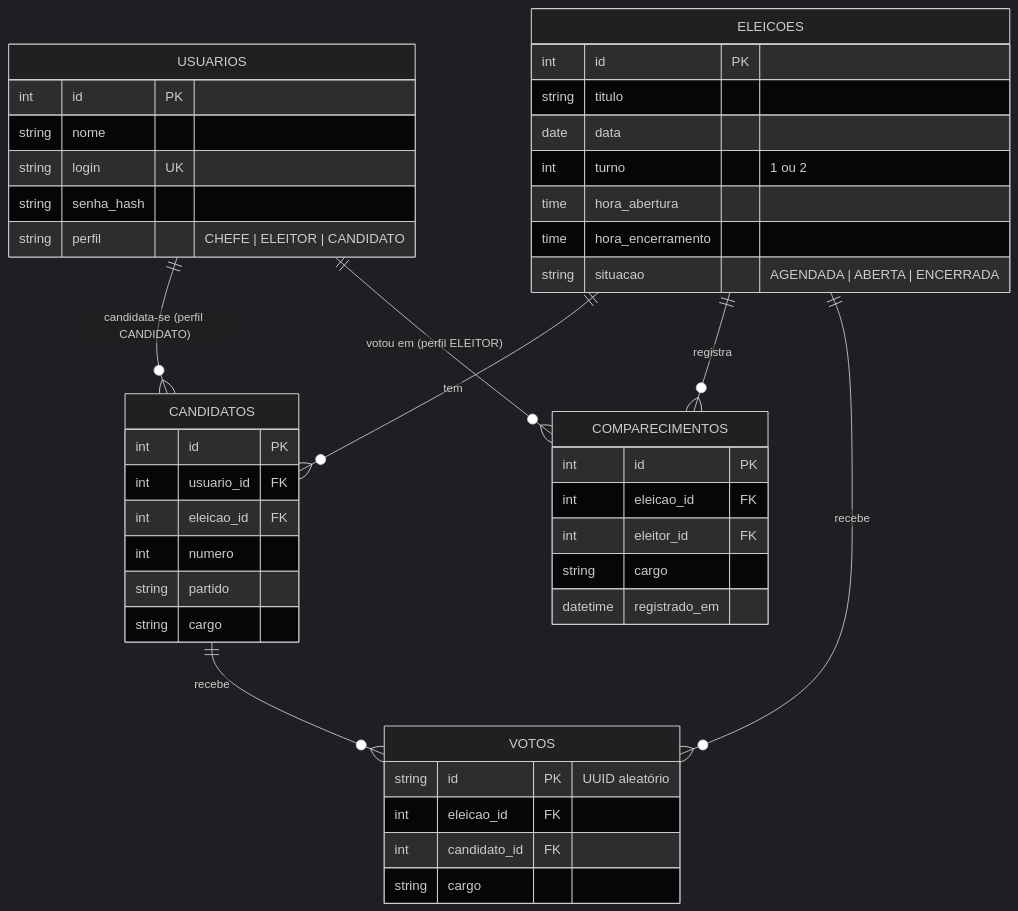
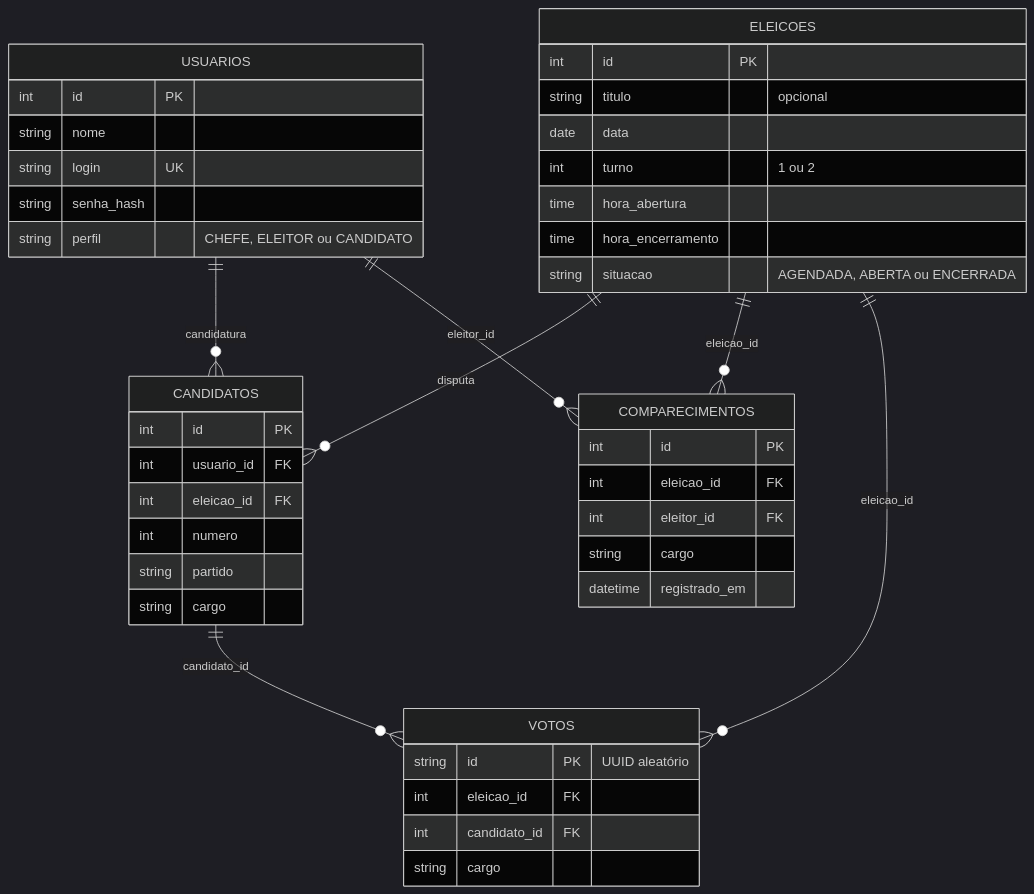
Before and after one commit to thiagoportoscarano/eleicaoEletronica: the diagram in README.md, drawn with Mermaid (dark theme). The commit also changed other lines of this file, not shown here.

````diff
--- a/README.md
+++ b/README.md
@@ -110,47 +133,47 @@
 ```mermaid
 erDiagram
-    USUARIOS ||--o{ CANDIDATOS : "candidata-se (perfil CANDIDATO)"
-    ELEICOES ||--o{ CANDIDATOS : "tem"
-    USUARIOS ||--o{ COMPARECIMENTOS : "votou em (perfil ELEITOR)"
-    ELEICOES ||--o{ COMPARECIMENTOS : "registra"
-    ELEICOES ||--o{ VOTOS : "recebe"
-    CANDIDATOS ||--o{ VOTOS : "recebe"
+    USUARIOS ||--o{ CANDIDATOS : "candidatura"
+    ELEICOES ||--o{ CANDIDATOS : "disputa"
+    USUARIOS ||--o{ COMPARECIMENTOS : "eleitor_id"
+    ELEICOES ||--o{ COMPARECIMENTOS : "eleicao_id"
+    ELEICOES ||--o{ VOTOS : "eleicao_id"
+    CANDIDATOS ||--o{ VOTOS : "candidato_id"
 
     USUARIOS {
         int id PK
         string nome
         string login UK
         string senha_hash
-        string perfil "CHEFE | ELEITOR | CANDIDATO"
+        string perfil "CHEFE, ELEITOR ou CANDIDATO"
     }
     ELEICOES {
         int id PK
-        string titulo
+        string titulo "opcional"
         date data
         int turno "1 ou 2"
         time hora_abertura
         time hora_encerramento
-        string situacao "AGENDADA | ABERTA | ENCERRADA"
+        string situacao "AGENDADA, ABERTA ou ENCERRADA"
     }
     CANDIDATOS {
         int id PK
         int usuario_id FK
         int eleicao_id FK
         int numero
         string partido
         string cargo
     }
     COMPARECIMENTOS {
         int id PK
         int eleicao_id FK
         int eleitor_id FK
         string cargo
         datetime registrado_em
     }
     VOTOS {
         string id PK "UUID aleatório"
         int eleicao_id FK
         int candidato_id FK
         string cargo
     }
 ```
````
